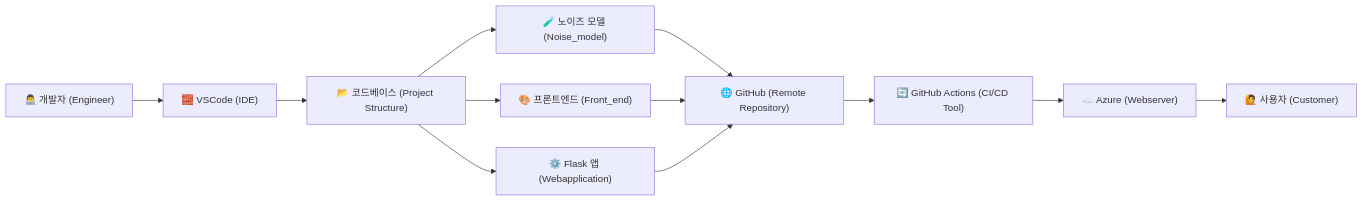
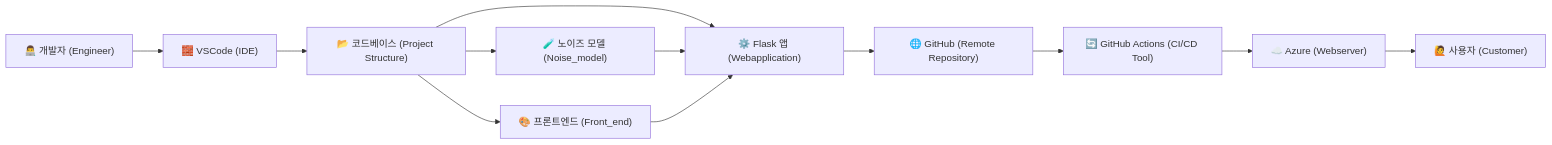
Before and after one commit to hyundairotemai2/AIFAKER: the second of 2 diagrams in README.md, drawn with Mermaid.

Commit message:
README.md 업데이트: 개발 흐름 다이어그램 수정 및 노이즈 모델과 Flask 앱 연결 추가

````diff
--- a/README.md
+++ b/README.md
@@ -32,29 +32,32 @@
 ```mermaid
 flowchart LR
     Engineer["👨‍💻 개발자 (Engineer)"]
     IDE["🧱 VSCode (IDE)"]
     Codebase["📂 코드베이스 (Project Structure)"]
 
     Model["🧪 노이즈 모델 (Noise_model)"]
     Frontend["🎨 프론트엔드 (Front_end)"]
     Backend["⚙️ Flask 앱 (Webapplication)"]
 
     GitHub["🌐 GitHub (Remote Repository)"]
     Actions["🔄 GitHub Actions (CI/CD Tool)"]
     Azure["☁️ Azure (Webserver)"]
     Customer["🙋 사용자 (Customer)"]
 
+    %% 개발 흐름
     Engineer --> IDE
     IDE --> Codebase
     Codebase --> Model
     Codebase --> Frontend
     Codebase --> Backend
 
-    Model --> GitHub
-    Frontend --> GitHub
+    %% 노이즈 모델, 프론트엔드 → Flask 앱 연결
+    Model --> Backend
+    Frontend --> Backend
+
+    %% Flask 앱 → GitHub 및 이후 배포
     Backend --> GitHub
-
     GitHub --> Actions
     Actions --> Azure
     Azure --> Customer
 ```
````
